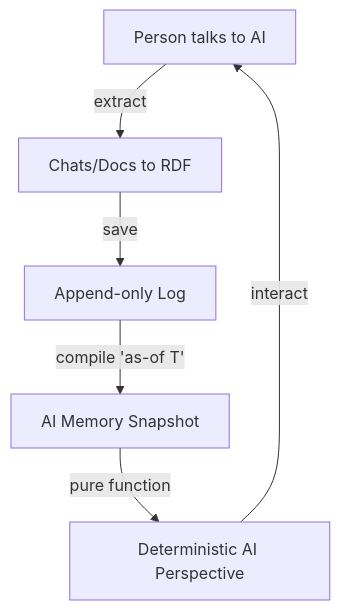
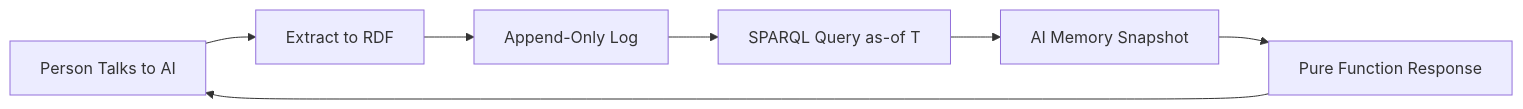
The third of 10 diagrams in conj-talk-2025.md (Synthetic-Identity-Co/conj-talk-2025), drawn with Mermaid before and after one commit. The commit also changed other lines of this file, not shown here.

````diff
--- a/conj-talk-2025.md
+++ b/conj-talk-2025.md
@@ -227,8 +164,9 @@
 ```mermaid
-graph TD
-    A[Person talks to AI] -->|extract| B[Chats/Docs to RDF]
-    B -->|save| C[Append-only Log]
-    C -->|compile 'as-of T'| D[AI Memory Snapshot]
-    D -->|pure function| E[Deterministic AI Perspective]
-    E -->|interact| A
+graph LR
+    A[Person Talks to AI] --> B[Extract to RDF]
+    B --> C[Append-Only Log]
+    C --> D[SPARQL Query as-of T]
+    D --> E[AI Memory Snapshot]
+    E --> F[Pure Function Response]
+    F --> A
 ```
````
